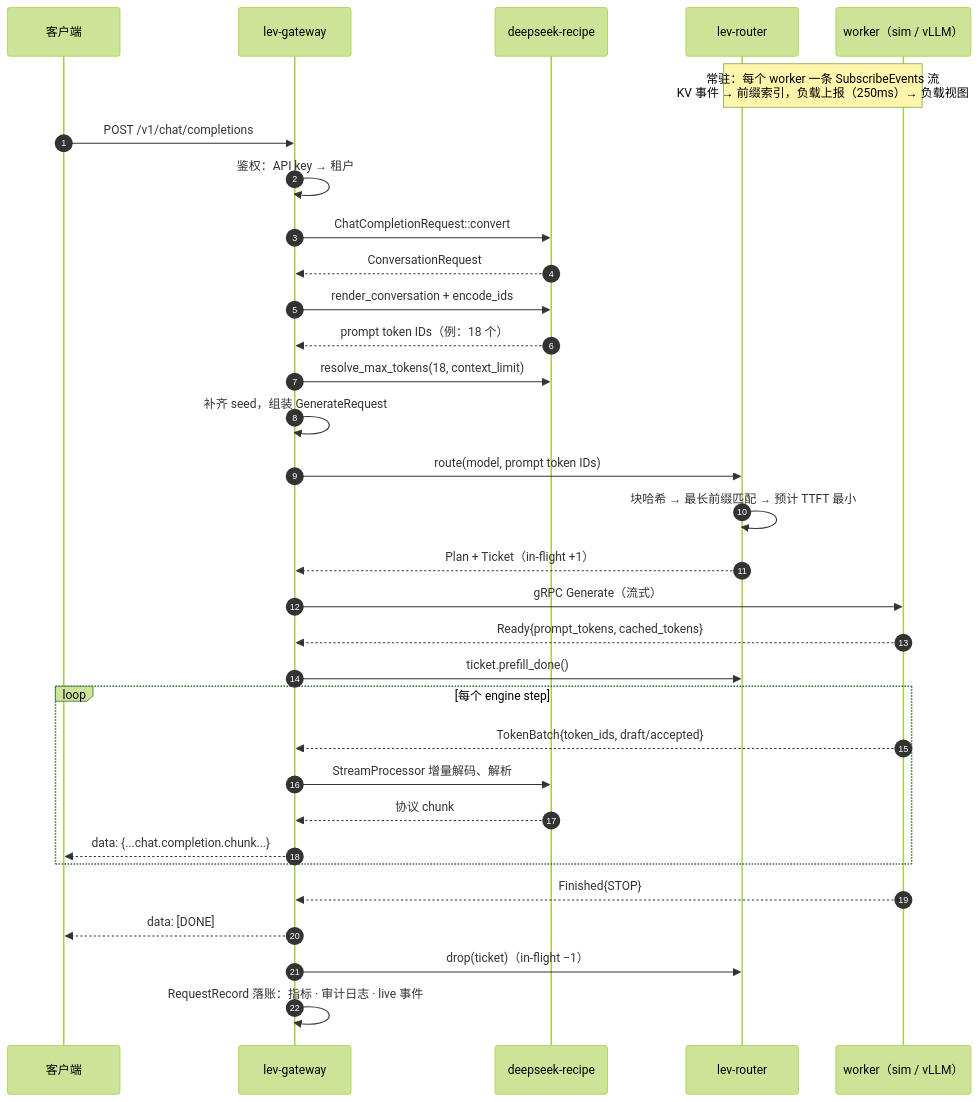
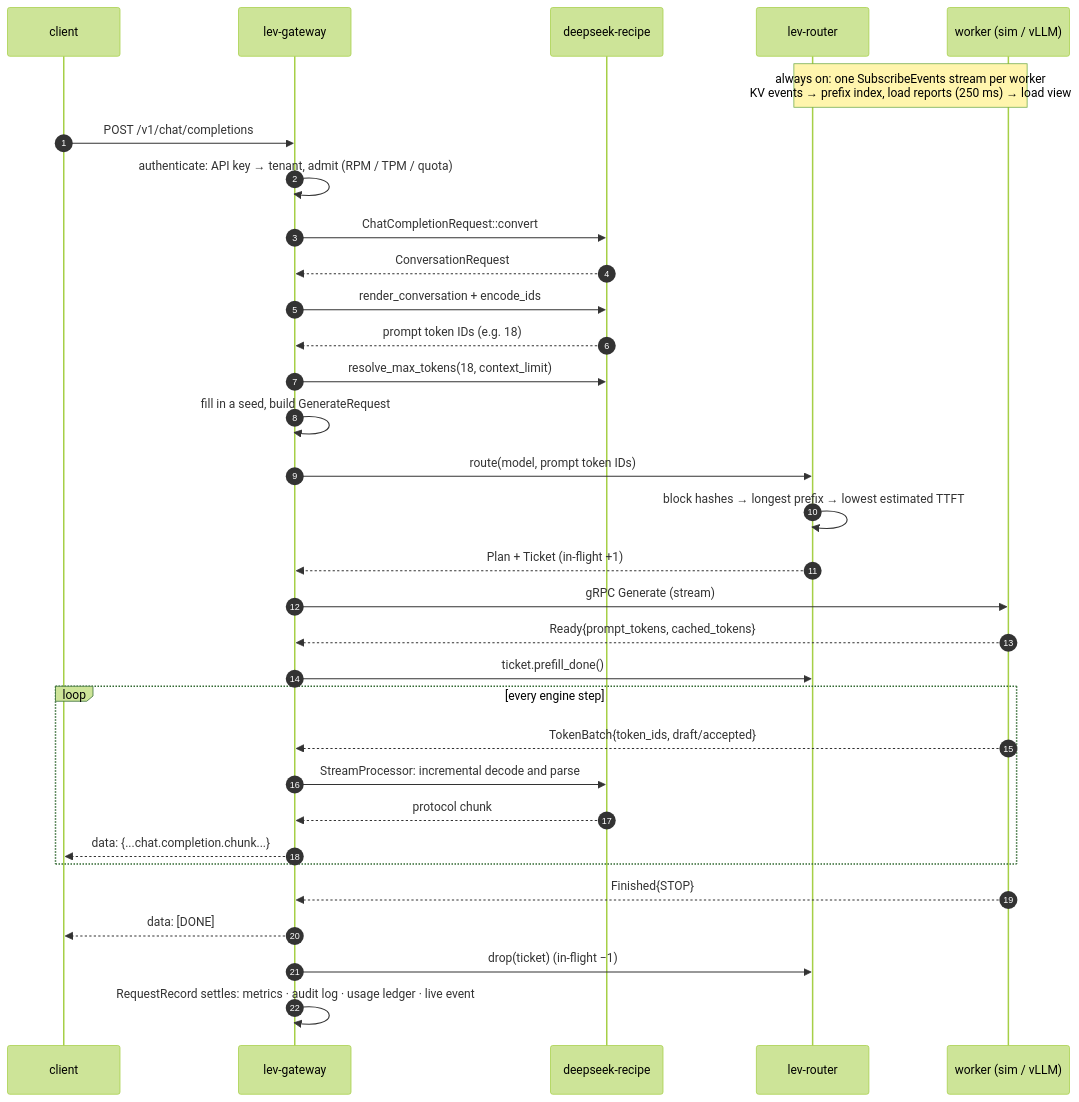
Before and after one commit to FufanLu/Inference-Framework-Agent-Based-on-DeepInfer: the first of 2 diagrams in docs/illustrated/01-request-lifecycle.md, drawn with Mermaid (forest theme). The commit also changed other lines of this file and 11 other files, not shown here.

````diff
--- a/docs/illustrated/01-request-lifecycle.md
+++ b/docs/illustrated/01-request-lifecycle.md
@@ -18,36 +18,36 @@
 ```mermaid
 sequenceDiagram
     autonumber
-    participant C as 客户端
+    participant C as client
     participant G as lev-gateway
     participant RC as deepseek-recipe
     participant R as lev-router
-    participant W as worker（sim / vLLM）
+    participant W as worker (sim / vLLM)
 
-    Note over W,R: 常驻：每个 worker 一条 SubscribeEvents 流<br/>KV 事件 → 前缀索引，负载上报（250ms）→ 负载视图
+    Note over W,R: always on: one SubscribeEvents stream per worker<br/>KV events → prefix index, load reports (250 ms) → load view
 
     C->>G: POST /v1/chat/completions
-    G->>G: 鉴权：API key → 租户
+    G->>G: authenticate: API key → tenant, admit (RPM / TPM / quota)
     G->>RC: ChatCompletionRequest::convert
     RC-->>G: ConversationRequest
     G->>RC: render_conversation + encode_ids
-    RC-->>G: prompt token IDs（例：18 个）
+    RC-->>G: prompt token IDs (e.g. 18)
     G->>RC: resolve_max_tokens(18, context_limit)
-    G->>G: 补齐 seed，组装 GenerateRequest
+    G->>G: fill in a seed, build GenerateRequest
     G->>R: route(model, prompt token IDs)
-    R->>R: 块哈希 → 最长前缀匹配 → 预计 TTFT 最小
-    R-->>G: Plan + Ticket（in-flight +1）
-    G->>W: gRPC Generate（流式）
+    R->>R: block hashes → longest prefix → lowest estimated TTFT
+    R-->>G: Plan + Ticket (in-flight +1)
+    G->>W: gRPC Generate (stream)
     W-->>G: Ready{prompt_tokens, cached_tokens}
     G->>R: ticket.prefill_done()
-    loop 每个 engine step
+    loop every engine step
         W-->>G: TokenBatch{token_ids, draft/accepted}
-        G->>RC: StreamProcessor 增量解码、解析
-        RC-->>G: 协议 chunk
+        G->>RC: StreamProcessor: incremental decode and parse
+        RC-->>G: protocol chunk
         G-->>C: data: {...chat.completion.chunk...}
     end
     W-->>G: Finished{STOP}
     G-->>C: data: [DONE]
-    G->>R: drop(ticket)（in-flight −1）
-    G->>G: RequestRecord 落账：指标 · 审计日志 · live 事件
+    G->>R: drop(ticket) (in-flight −1)
+    G->>G: RequestRecord settles: metrics · audit log · usage ledger · live event
 ```
````
